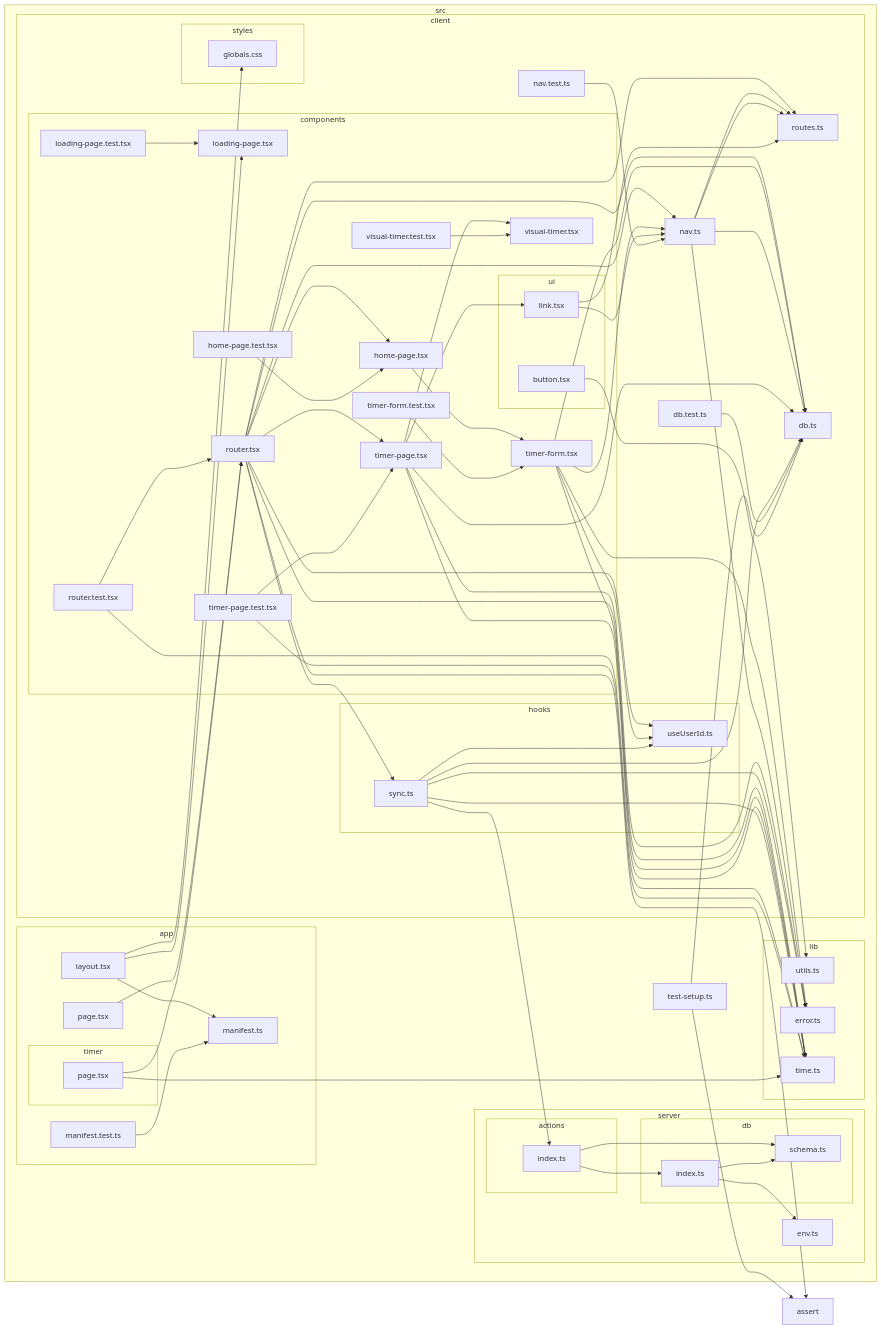
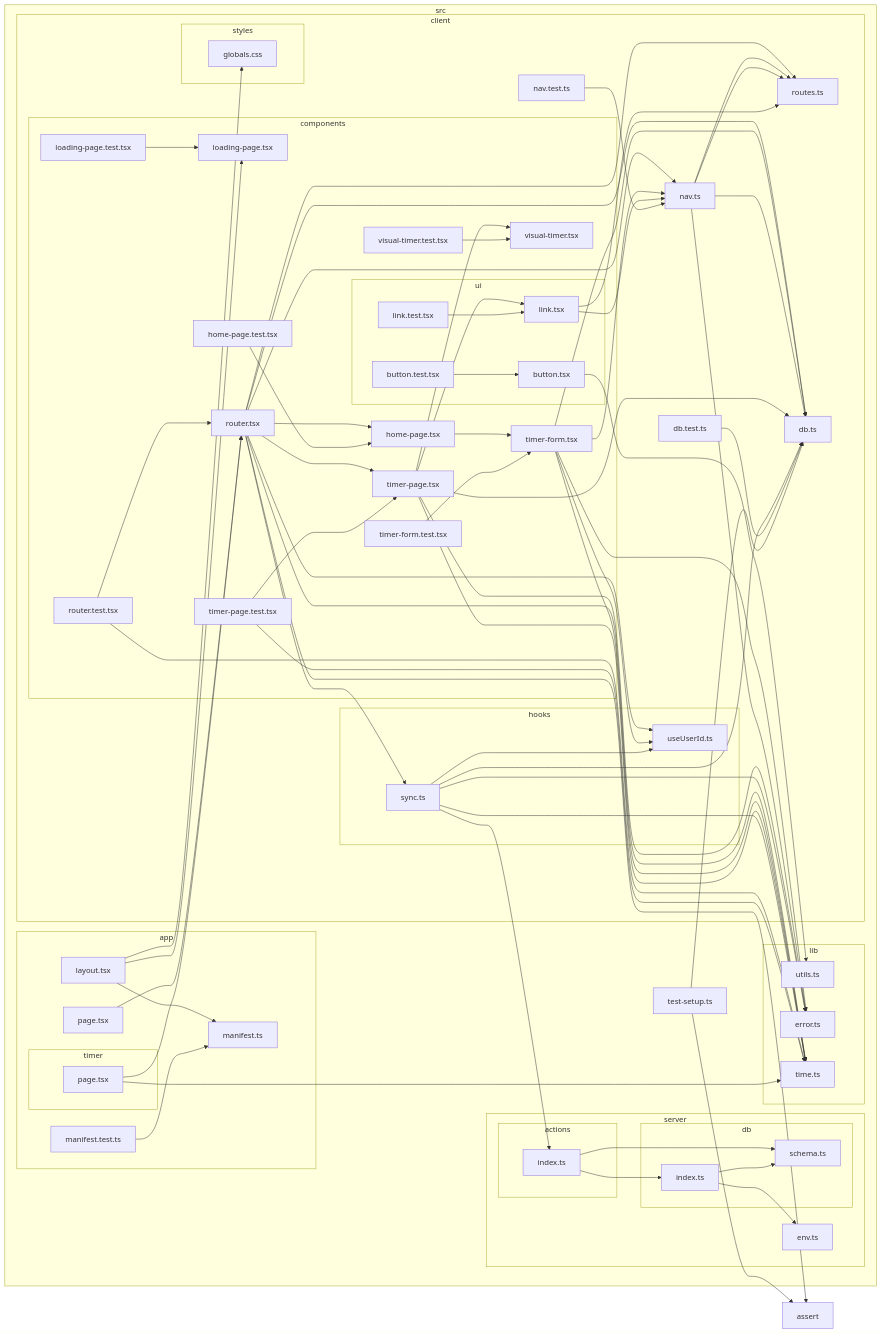
One commit to axolotl-logic/work-time changed the diagram in reports/dependency-graph.mmd. Above: the diagram before and after it, drawn with Mermaid. The commit also changed 1 other file, not shown here.

```diff
--- a/reports/dependency-graph.mmd
+++ b/reports/dependency-graph.mmd
@@ -1,117 +1,121 @@
 flowchart LR
 
 subgraph 0["src"]
 subgraph 1["app"]
 2["layout.tsx"]
 6["manifest.ts"]
 9["manifest.test.ts"]
 A["page.tsx"]
 subgraph Z["timer"]
 10["page.tsx"]
 end
 end
 subgraph 3["client"]
 subgraph 4["styles"]
 5["globals.css"]
 end
 subgraph 7["components"]
 8["loading-page.tsx"]
 B["router.tsx"]
 D["home-page.tsx"]
 E["timer-form.tsx"]
 N["timer-page.tsx"]
 subgraph O["ui"]
 P["link.tsx"]
-16["button.tsx"]
+16["button.test.tsx"]
+17["button.tsx"]
+19["link.test.tsx"]
 end
 Q["visual-timer.tsx"]
 11["home-page.test.tsx"]
 12["loading-page.test.tsx"]
 13["router.test.tsx"]
 14["timer-form.test.tsx"]
 15["timer-page.test.tsx"]
-18["visual-timer.test.tsx"]
+1A["visual-timer.test.tsx"]
 end
 F["nav.ts"]
 G["routes.ts"]
 H["db.ts"]
 subgraph K["hooks"]
 L["useUserId.ts"]
 R["sync.ts"]
 end
-19["db.test.ts"]
-1A["nav.test.ts"]
+1B["db.test.ts"]
+1C["nav.test.ts"]
 end
 subgraph I["lib"]
 J["error.ts"]
 M["time.ts"]
-17["utils.ts"]
+18["utils.ts"]
 end
 subgraph S["server"]
 subgraph T["actions"]
 U["index.ts"]
 end
 subgraph V["db"]
 W["schema.ts"]
 X["index.ts"]
 end
 Y["env.ts"]
 end
-1B["test-setup.ts"]
+1D["test-setup.ts"]
 end
 C["assert"]
 2-->6
 2-->8
 2-->5
 9-->6
 A-->B
 B-->D
 B-->N
 B-->H
 B-->R
 B-->L
 B-->F
 B-->G
 B-->M
 B-->C
 D-->E
 E-->F
 E-->H
 E-->L
 E-->J
 E-->M
 F-->G
 F-->H
 F-->G
 F-->J
 N-->H
 N-->P
 N-->Q
 N-->J
 N-->M
 P-->F
 P-->G
 R-->L
 R-->H
 R-->J
 R-->M
 R-->U
 U-->W
 U-->X
 X-->W
 X-->Y
 10-->B
 10-->M
 11-->D
 12-->8
 13-->B
 13-->M
 14-->E
 15-->N
 15-->M
 16-->17
-18-->Q
-19-->H
-1A-->F
+17-->18
+19-->P
+1A-->Q
 1B-->H
-1B-->C
+1C-->F
+1D-->H
+1D-->C
```
